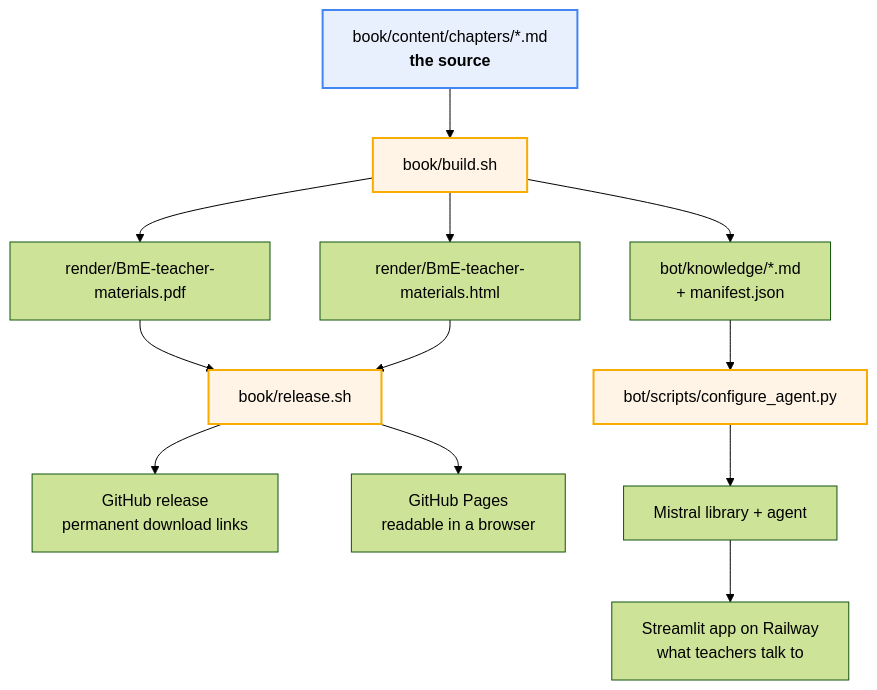
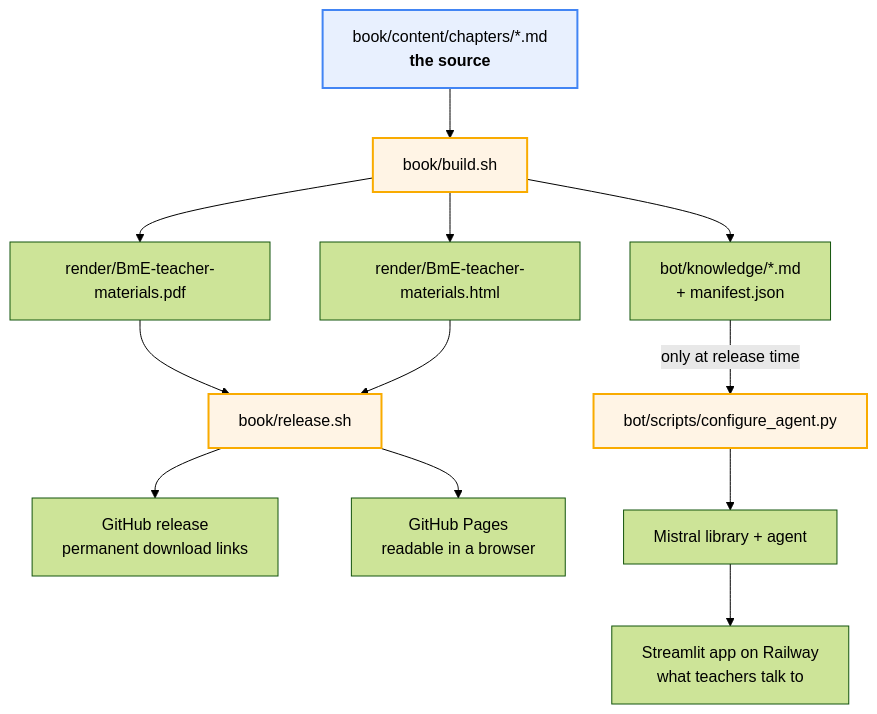
The diagram in BUILDING_AND_RELEASING.md (dvanderelst/bme_teacher_resources), drawn with Mermaid (forest theme) before and after one commit. The commit also changed other lines of this file and 2 other files, not shown here.

````diff
--- a/BUILDING_AND_RELEASING.md
+++ b/BUILDING_AND_RELEASING.md
@@ -21,24 +21,24 @@
 ```mermaid
 flowchart TD
     SRC["book/content/chapters/*.md<br/><b>the source</b>"]
 
     SRC --> BUILD["book/build.sh"]
 
     BUILD --> PDF["render/BmE-teacher-materials.pdf"]
     BUILD --> HTML["render/BmE-teacher-materials.html"]
     BUILD --> KN["bot/knowledge/*.md<br/>+ manifest.json"]
 
     PDF --> REL["book/release.sh"]
     HTML --> REL
-    KN --> CFG["bot/scripts/configure_agent.py"]
+    KN -->|only at release time| CFG["bot/scripts/configure_agent.py"]
 
     REL --> GH["GitHub release<br/>permanent download links"]
     REL --> PAGES["GitHub Pages<br/>readable in a browser"]
     CFG --> MISTRAL["Mistral library + agent"]
     MISTRAL --> APP["Streamlit app on Railway<br/>what teachers talk to"]
 
     style SRC fill:#e8f0fe,stroke:#4285f4,stroke-width:2px
     style BUILD fill:#fff4e5,stroke:#f9ab00,stroke-width:2px
     style REL fill:#fff4e5,stroke:#f9ab00,stroke-width:2px
     style CFG fill:#fff4e5,stroke:#f9ab00,stroke-width:2px
 ```
````
